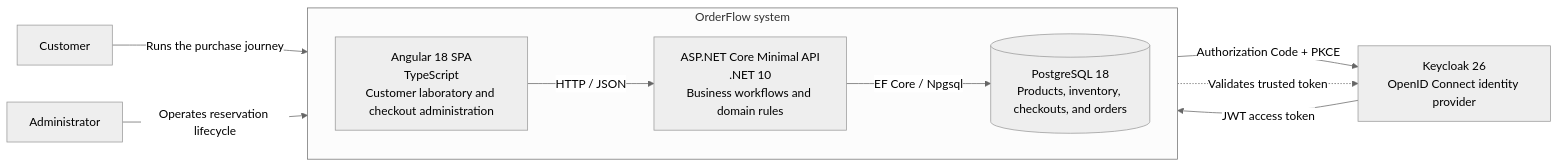
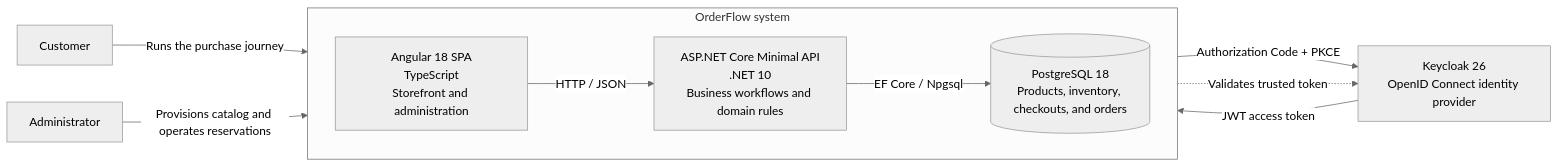
One commit to saulomlcosta/OrderFlow changed the first of 2 diagrams in README.md. Above: the diagram before and after it, drawn with Mermaid (neutral theme). The commit also changed other lines of this file and 38 other files, not shown here.

Commit message:
feat: separate storefront and product administration

````diff
--- a/README.md
+++ b/README.md
@@ -46,23 +46,23 @@
 ```mermaid
 flowchart LR
     Customer["Customer"]
     Administrator["Administrator"]
 
     subgraph OrderFlow["OrderFlow system"]
         direction LR
-        Web["Angular 18 SPA<br/>TypeScript<br/>Customer laboratory and checkout administration"]
+        Web["Angular 18 SPA<br/>TypeScript<br/>Storefront and administration"]
         Api["ASP.NET Core Minimal API<br/>.NET 10<br/>Business workflows and domain rules"]
         Database[("PostgreSQL 18<br/>Products, inventory, checkouts, and orders")]
 
         Web -->|"HTTP / JSON"| Api
         Api -->|"EF Core / Npgsql"| Database
     end
 
     Identity["Keycloak 26<br/>OpenID Connect identity provider"]
 
     Customer -->|"Runs the purchase journey"| Web
-    Administrator -->|"Operates reservation lifecycle"| Web
+    Administrator -->|"Provisions catalog and operates reservations"| Web
     Web -->|"Authorization Code + PKCE"| Identity
     Identity -->|"JWT access token"| Web
     Api -.->|"Validates trusted token"| Identity
 ```
````
